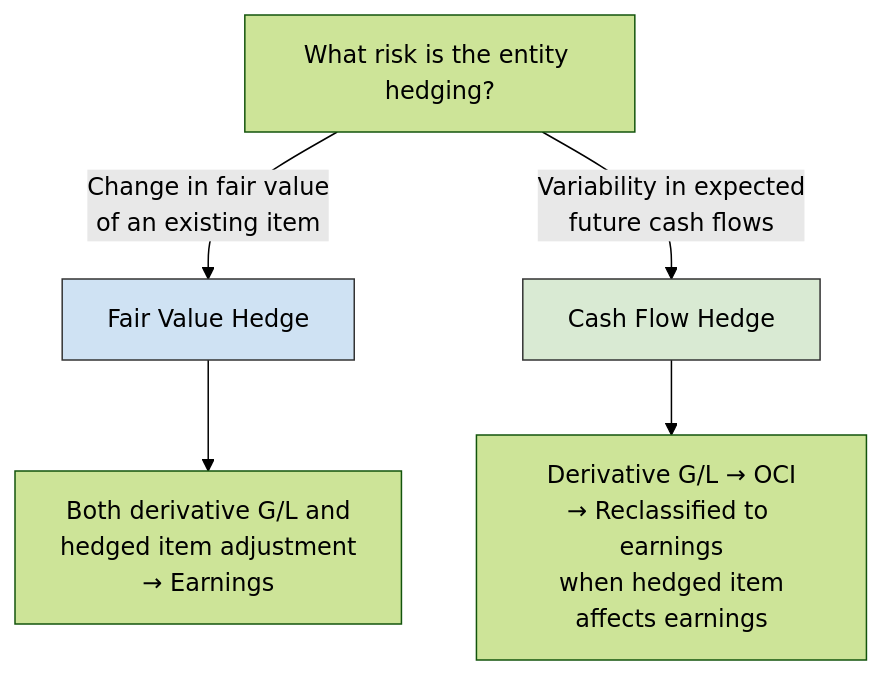
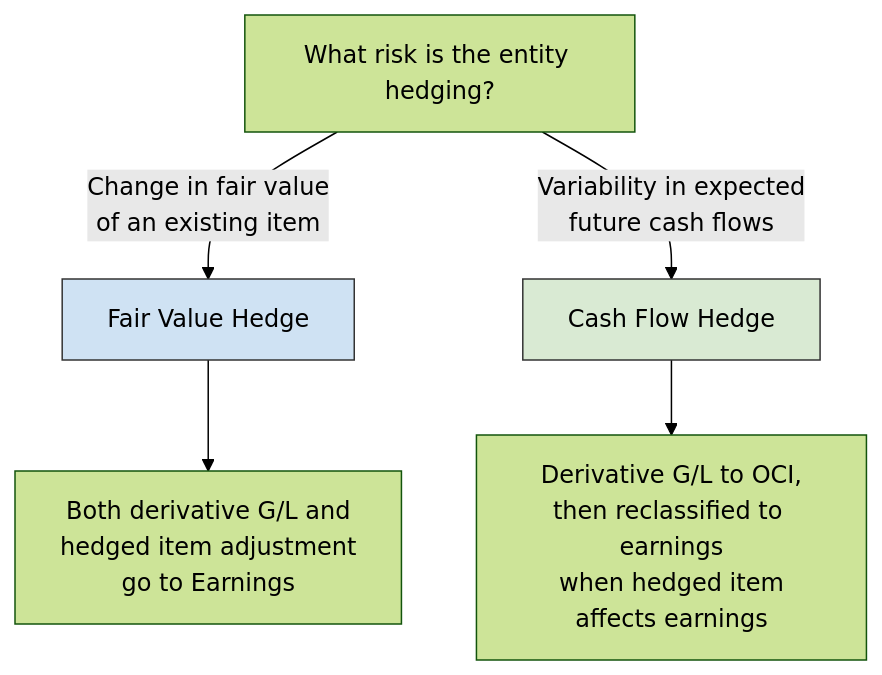
Before and after one commit to subwaymatch/cpabear-book: the fourth of 5 diagrams in docs/bar/technical-accounting-combinations-and-reporting/derivatives-and-hedge-accounting.md, drawn with Mermaid (forest theme). The commit also changed other lines of this file and 222 other files, not shown here.

````diff
--- a/docs/bar/technical-accounting-combinations-and-reporting/derivatives-and-hedge-accounting.md
+++ b/docs/bar/technical-accounting-combinations-and-reporting/derivatives-and-hedge-accounting.md
@@ -318,10 +318,10 @@
 ```mermaid
 graph TD
     Q["What risk is the entity hedging?"]
     Q -->|"Change in fair value<br/>of an existing item"| FV["Fair Value Hedge"]
     Q -->|"Variability in expected<br/>future cash flows"| CF["Cash Flow Hedge"]
-    FV --> FV1["Both derivative G/L and<br/>hedged item adjustment<br/>→ Earnings"]
-    CF --> CF1["Derivative G/L → OCI<br/>→ Reclassified to earnings<br/>when hedged item<br/>affects earnings"]
+    FV --> FV1["Both derivative G/L and<br/>hedged item adjustment<br/>go to Earnings"]
+    CF --> CF1["Derivative G/L to OCI,<br/>then reclassified to earnings<br/>when hedged item<br/>affects earnings"]
     style FV fill:#cfe2f3,stroke:#333
     style CF fill:#d9ead3,stroke:#333
 ```
````
